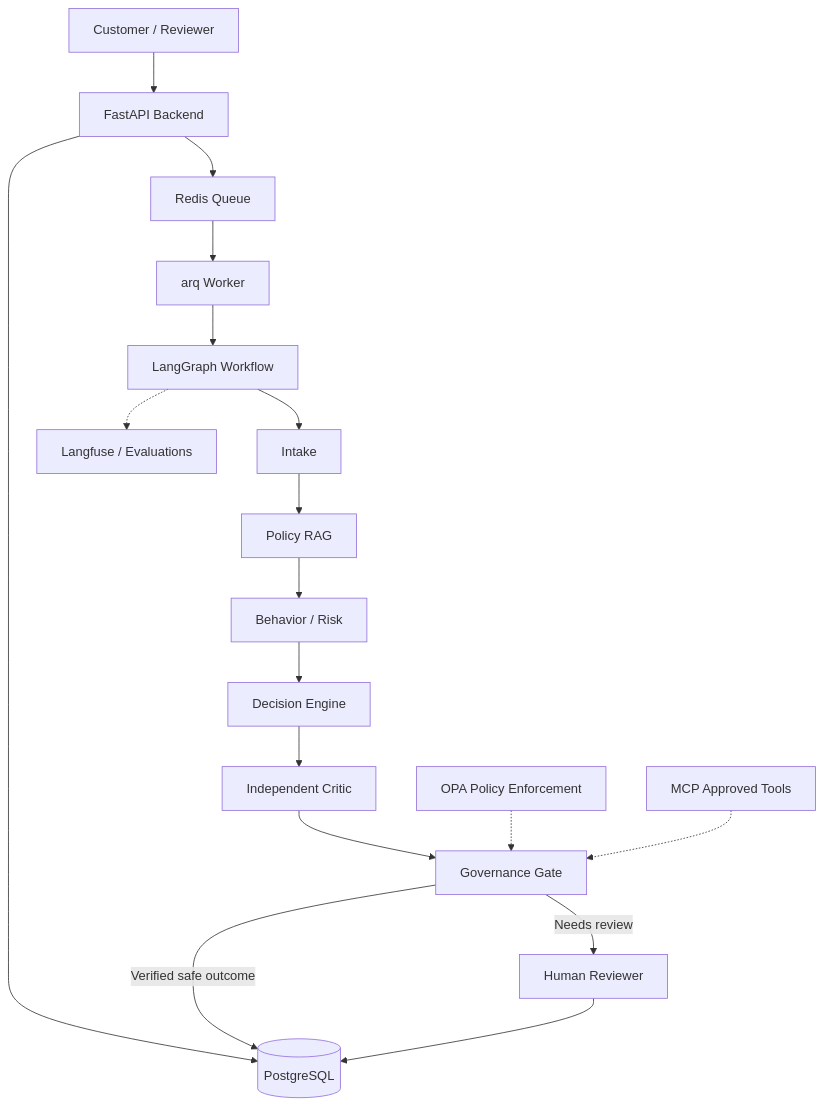
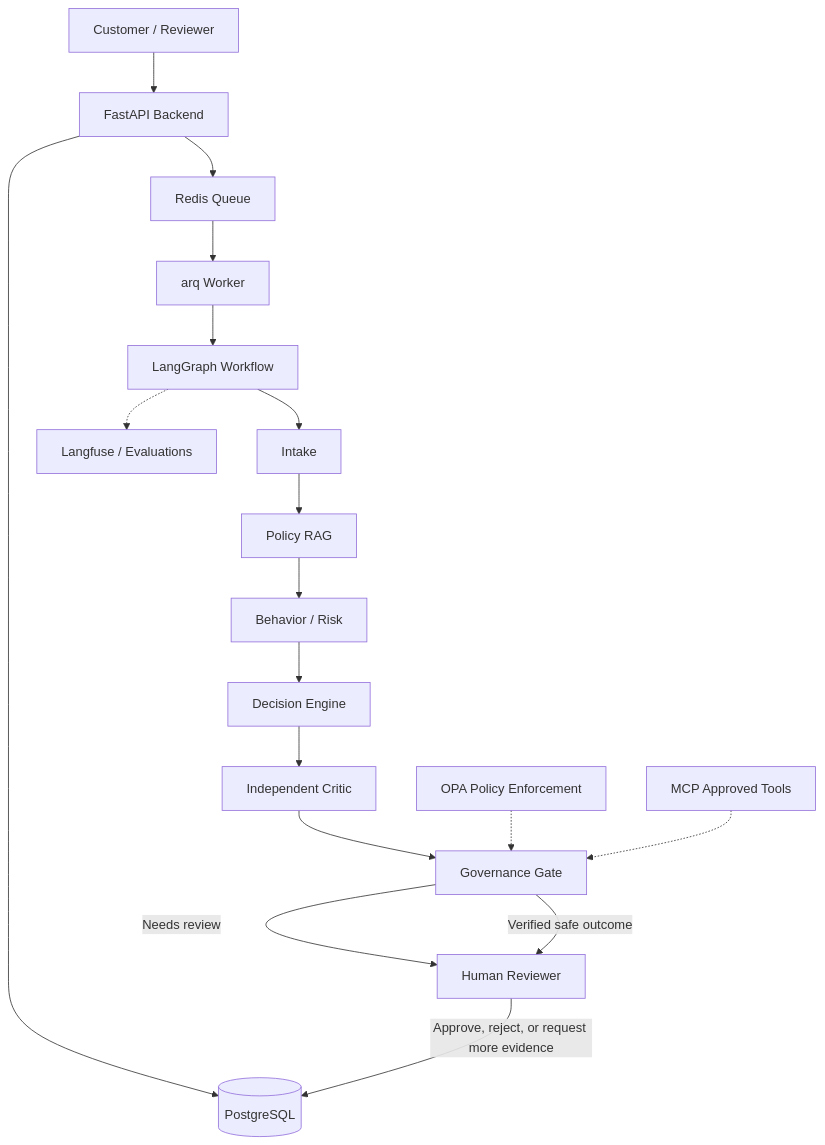
Before and after one commit to meojaswi/Veto: the diagram in README.md, drawn with Mermaid. The commit also changed other lines of this file, not shown here.

````diff
--- a/README.md
+++ b/README.md
@@ -20,20 +10,23 @@
 ```mermaid
 flowchart TD
     U[Customer / Reviewer] --> API[FastAPI Backend]
     API --> DB[(PostgreSQL)]
     API --> Q[Redis Queue]
     Q --> W[arq Worker]
     W --> G[LangGraph Workflow]
     G --> I[Intake]
     I --> P[Policy RAG]
     P --> B[Behavior / Risk]
     B --> D[Decision Engine]
     D --> C[Independent Critic]
     C --> V[Governance Gate]
+
     V -->|Needs review| H[Human Reviewer]
-    V -->|Verified safe outcome| DB
-    H --> DB
+    V -->|Verified safe outcome| H
+
+    H -->|Approve, reject, or request more evidence| DB
+
     OPA[OPA Policy Enforcement] -.-> V
     MCP[MCP Approved Tools] -.-> V
     G -.-> OBS[Langfuse / Evaluations]
 ```
````
